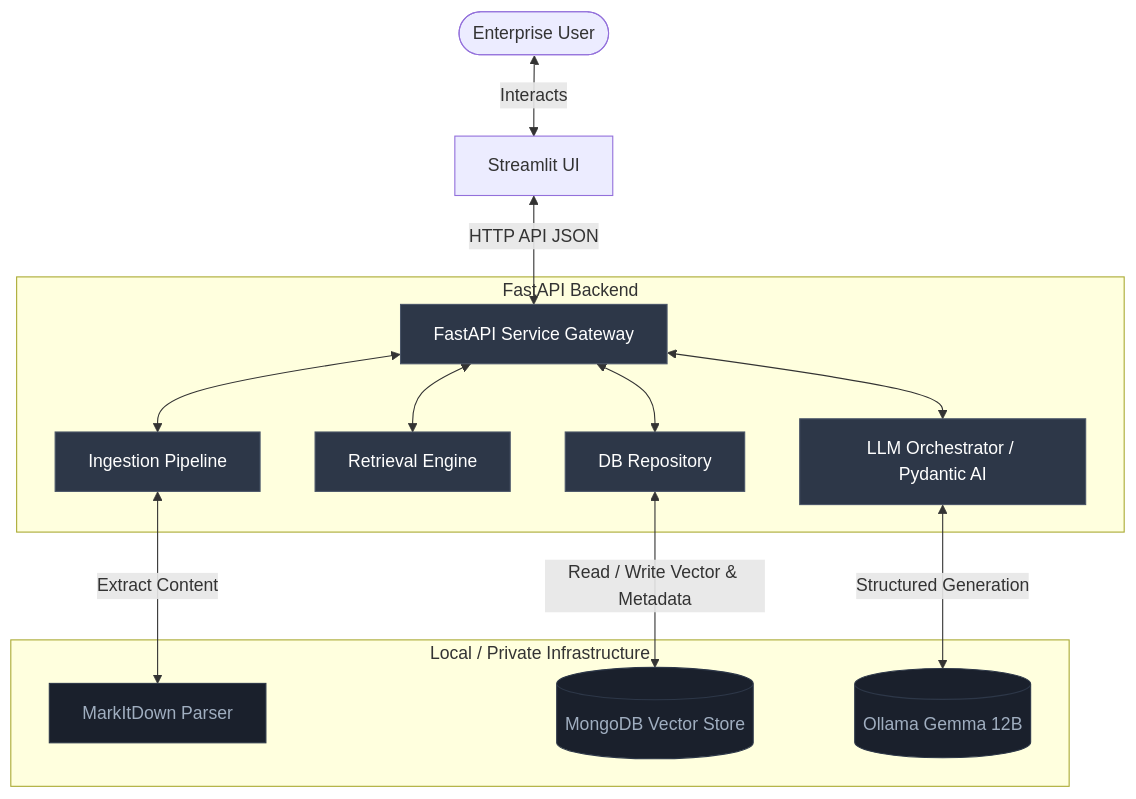
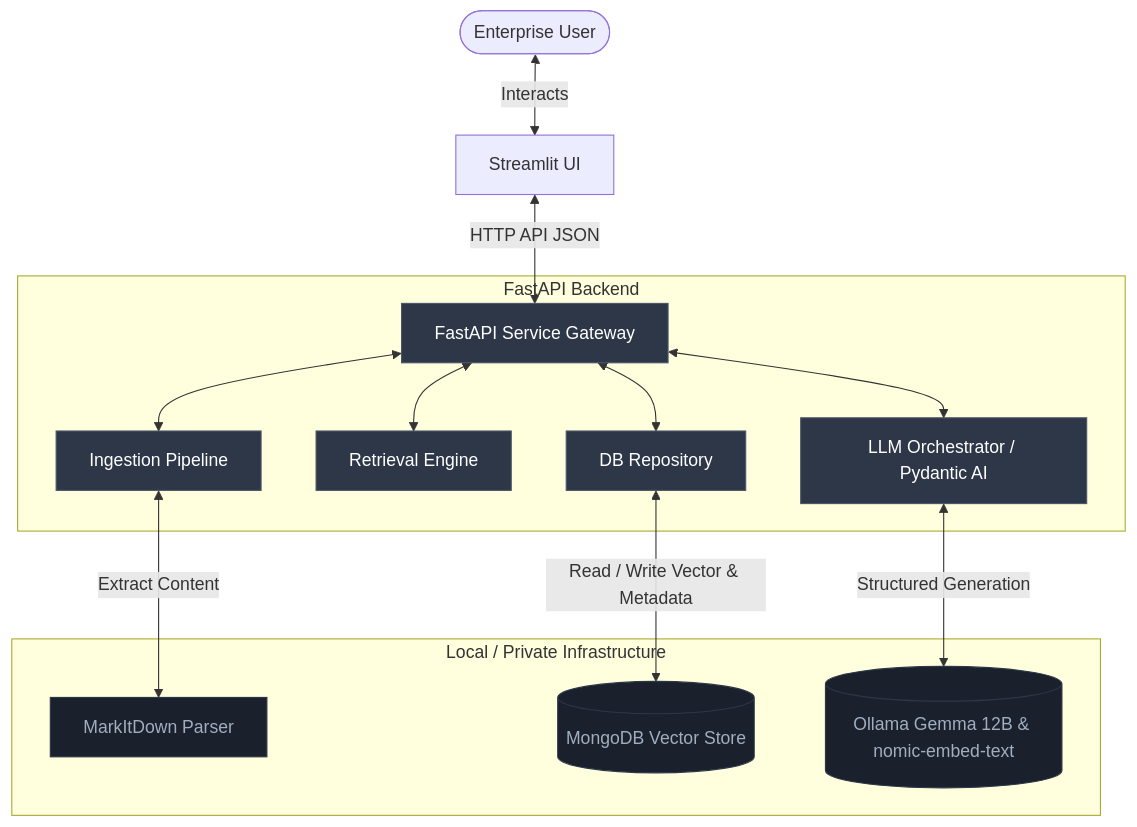
Before and after one commit to ShivaAdigopula/project-ragbit: the diagram in docs/srs.md, drawn with Mermaid. The commit also changed other lines of this file and 1 other file, not shown here.

Commit message:
chore: add nomic-embed-text to architecture and tech stack

````diff
--- a/docs/srs.md
+++ b/docs/srs.md
@@ -20,23 +20,23 @@
 ```mermaid
 graph TD
     User([Enterprise User]) <-->|Interacts| UI[Streamlit UI]
     UI <-->|HTTP API JSON| API[FastAPI Service Gateway]
 
     subgraph API_Services [FastAPI Backend]
         API <--> DB_Repo[DB Repository]
         API <--> RAG_Eng[Retrieval Engine]
         API <--> LLM_Orch[LLM Orchestrator / Pydantic AI]
         API <--> Ingest_Pipe[Ingestion Pipeline]
     end
 
     subgraph External_Services [Local / Private Infrastructure]
         Ingest_Pipe <-->|Extract Content| MID[MarkItDown Parser]
         DB_Repo <-->|Read / Write Vector & Metadata| MongoDB[(MongoDB Vector Store)]
-        LLM_Orch <-->|Structured Generation| Ollama[(Ollama Gemma 12B)]
+        LLM_Orch <-->|Structured Generation| Ollama[(Ollama Gemma 12B & nomic-embed-text)]
     end
 
     classDef api fill:#2d3748,stroke:#4a5568,color:#fff;
     classDef infra fill:#1a202c,stroke:#2d3748,color:#a0aec0;
     class API,DB_Repo,RAG_Eng,LLM_Orch,Ingest_Pipe api;
     class MongoDB,Ollama,MID infra;
 ```
````
